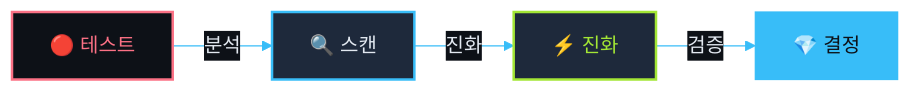
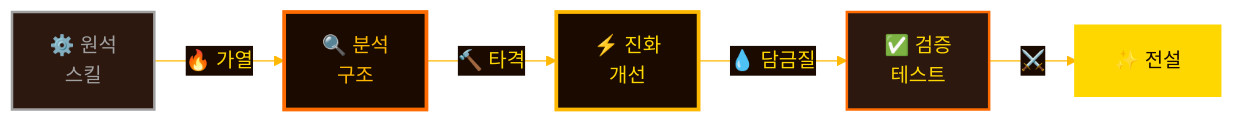
One commit to quantsquirrel/claude-skill-forge changed the first of 3 diagrams in README.ko.md. Above: the diagram before and after it, drawn with Mermaid. The commit also changed other lines of this file and 2 other files, not shown here.

````diff
--- a/README.ko.md
+++ b/README.ko.md
@@ -25,19 +29,21 @@
 ```mermaid
 %%{init: {'theme': 'base', 'themeVariables': {
-  'primaryColor': '#1E293B',
-  'primaryTextColor': '#E2E8F0',
-  'primaryBorderColor': '#38BDF8',
-  'lineColor': '#38BDF8',
-  'secondaryColor': '#0D1117',
-  'tertiaryColor': '#0D1117'
+  'primaryColor': '#2D1810',
+  'primaryTextColor': '#FFD700',
+  'primaryBorderColor': '#FF6B00',
+  'lineColor': '#FFB800',
+  'secondaryColor': '#1A0A00',
+  'tertiaryColor': '#1A0A00'
 }}}%%
 graph LR
-    A["🔴 테스트"] -->|분석| B["🔍 스캔"]
-    B -->|진화| C["⚡ 진화"]
-    C -->|검증| D["💎 결정"]
+    A["⚙️ 원석<br/>스킬"] -->|"🔥 가열"| B["🔍 분석<br/>구조"]
+    B -->|"🔨 타격"| C["⚡ 진화<br/>개선"]
+    C -->|"💧 담금질"| D["✅ 검증<br/>테스트"]
+    D -->|"⚔️"| E["✨ 전설"]
 
-    style A fill:#0D1117,stroke:#FB7185,stroke-width:2px,color:#FB7185
-    style B fill:#1E293B,stroke:#38BDF8,stroke-width:2px,color:#E2E8F0
-    style C fill:#1E293B,stroke:#A3E635,stroke-width:2px,color:#A3E635
-    style D fill:#38BDF8,stroke:#38BDF8,color:#0D1117
+    style A fill:#2D1810,stroke:#A0A0A0,stroke-width:2px,color:#A0A0A0
+    style B fill:#1A0A00,stroke:#FF6B00,stroke-width:3px,color:#FFB800
+    style C fill:#1A0A00,stroke:#FFB800,stroke-width:3px,color:#FFD700
+    style D fill:#2D1810,stroke:#FF6B00,stroke-width:2px,color:#FFD700
+    style E fill:#FFD700,stroke:#FFD700,color:#1A0A00,stroke-width:4px
 ```
````
